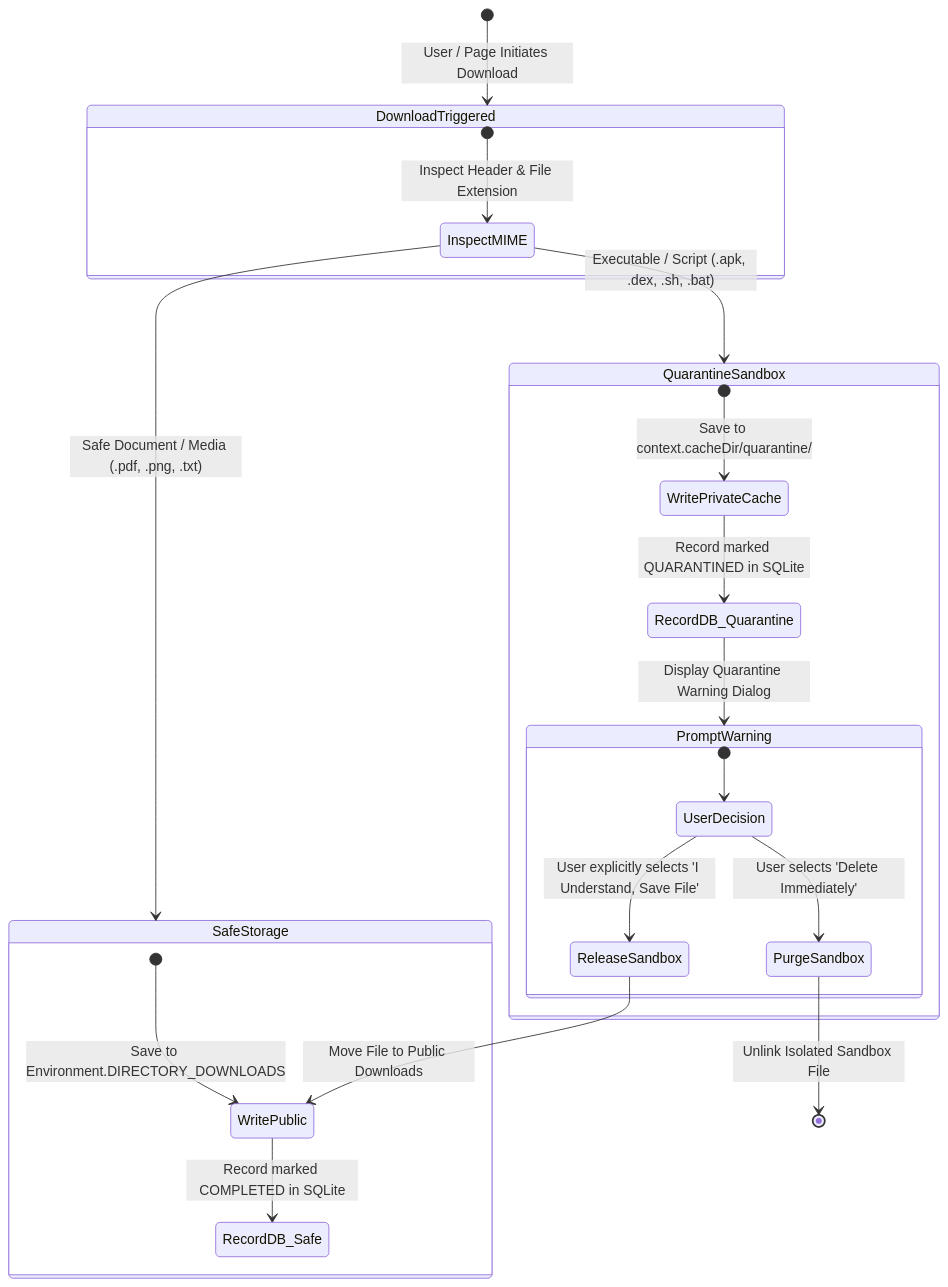
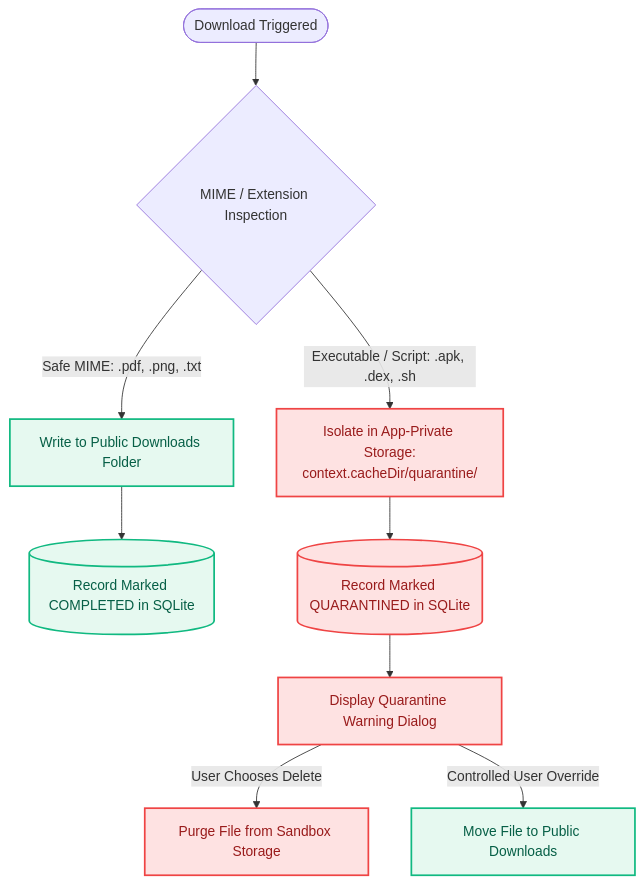
One commit to gintama1018/BRO changed the fifth of 8 diagrams in README.md. Above: the diagram before and after it, drawn with Mermaid. The commit also changed other lines of this file, not shown here.

Commit message:
fix(docs): resolve Mermaid cyclic state and parser errors on GitHub markdown

````diff
--- a/README.md
+++ b/README.md
@@ -389,31 +377,20 @@
 ```mermaid
-stateDiagram-v2
-    [*] --> DownloadTriggered: User / Page Initiates Download
+flowchart TD
+    D_Start([Download Triggered]) --> D_MIME{MIME / Extension Inspection}
     
-    state DownloadTriggered {
-        [*] --> InspectMIME: Inspect Header & File Extension
-    }
+    D_MIME -->|"Safe MIME: .pdf, .png, .txt"| D_Safe[Write to Public Downloads Folder]
+    D_Safe --> D_DB_Safe[(Record Marked COMPLETED in SQLite)]
+    
+    D_MIME -->|"Executable / Script: .apk, .dex, .sh"| D_Sandbox["Isolate in App-Private Storage:<br/>context.cacheDir/quarantine/"]
+    D_Sandbox --> D_DB_Quar[(Record Marked QUARANTINED in SQLite)]
+    D_DB_Quar --> D_Prompt[Display Quarantine Warning Dialog]
+    
+    D_Prompt -->|"User Chooses Delete"| D_Purge[Purge File from Sandbox Storage]
+    D_Prompt -->|"Controlled User Override"| D_Release[Move File to Public Downloads]
 
-    InspectMIME --> SafeStorage: Safe Document / Media (.pdf, .png, .txt)
-    InspectMIME --> QuarantineSandbox: Executable / Script (.apk, .dex, .sh, .bat)
+    classDef alert fill:#FEE2E2,stroke:#EF4444,stroke-width:2px,color:#991B1B;
+    classDef safe fill:#E6F9F0,stroke:#10B981,stroke-width:2px,color:#065F46;
 
-    state SafeStorage {
-        [*] --> WritePublic: Save to Environment.DIRECTORY_DOWNLOADS
-        WritePublic --> RecordDB_Safe: Record marked COMPLETED in SQLite
-    }
-
-    state QuarantineSandbox {
-        [*] --> WritePrivateCache: Save to context.cacheDir/quarantine/
-        WritePrivateCache --> RecordDB_Quarantine: Record marked QUARANTINED in SQLite
-        RecordDB_Quarantine --> PromptWarning: Display Quarantine Warning Dialog
-    }
-
-    state PromptWarning {
-        [*] --> UserDecision
-        UserDecision --> PurgeSandbox: User selects 'Delete Immediately'
-        UserDecision --> ReleaseSandbox: User explicitly selects 'I Understand, Save File'
-    }
-
-    PurgeSandbox --> [*]: Unlink Isolated Sandbox File
-    ReleaseSandbox --> WritePublic: Move File to Public Downloads
+    class D_Sandbox,D_DB_Quar,D_Prompt,D_Purge alert;
+    class D_Safe,D_DB_Safe,D_Release safe;
 ```
````
